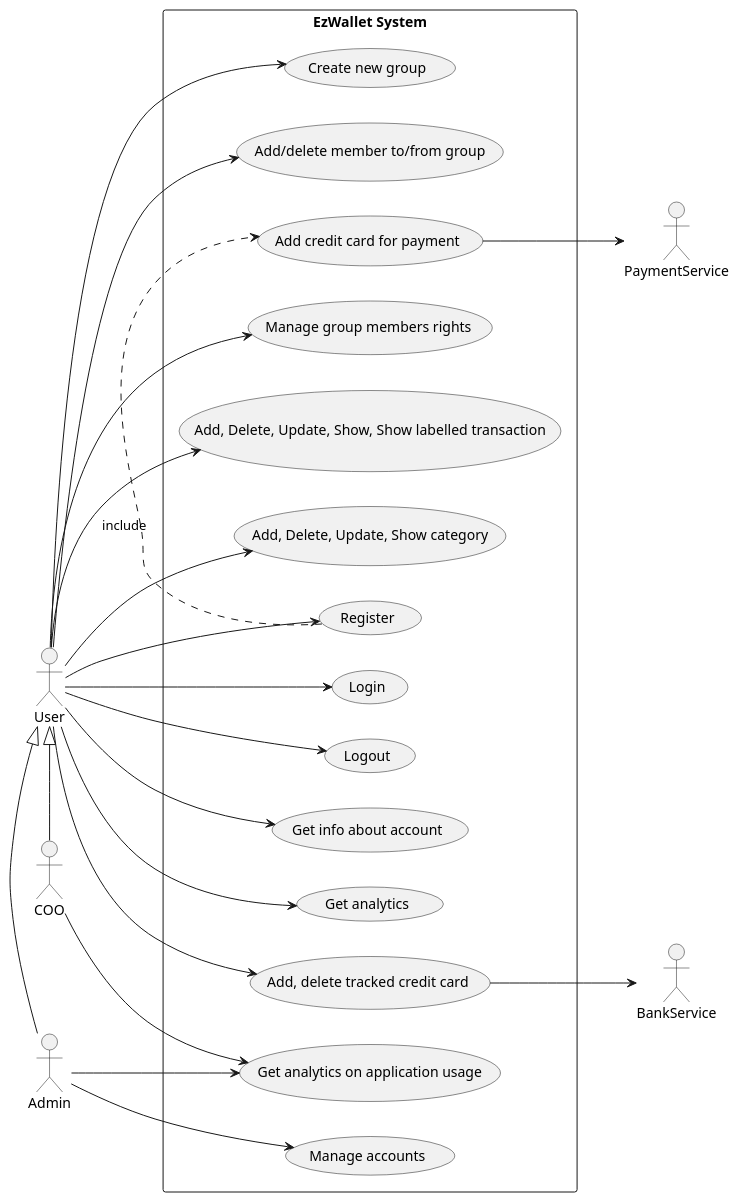
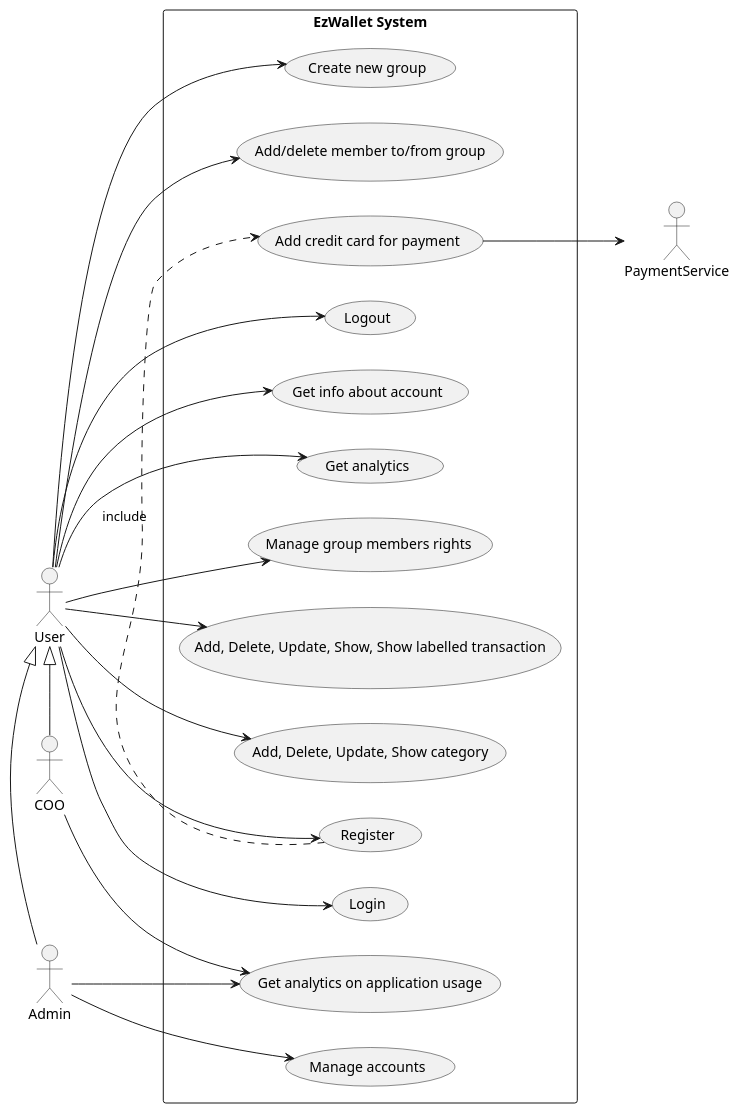
Before and after one commit to lara-m2000/ezwallet: the second of 5 diagrams in RequirementsDocumentV2.md, drawn with PlantUML. The commit also changed other lines of this file, not shown here.

````diff
--- a/RequirementsDocumentV2.md
+++ b/RequirementsDocumentV2.md
@@ -261,58 +256,55 @@
 ```plantuml
 @startuml
 left to right direction
 
 actor User
 actor COO
 actor Admin
 actor PaymentService
-actor BankService
 
 rectangle "EzWallet System" as System {
 	User <|- Admin
 	User <|- COO
 
 	usecase "Add, Delete, Update, Show, Show labelled transaction" as Transaction
 
 	usecase Register
 	usecase Login
 	usecase Logout
 
 	usecase "Add, Delete, Update, Show category" as Category
 
 	usecase "Get info about account" as UUsers
 	usecase "Get analytics" as ShowAnalytics
-	usecase "Add, delete tracked credit card" as CreditCard
 	usecase "Add credit card for payment" as CreditCardPayment
 	usecase "Create new group" as CreateGroup
 	usecase "Add/delete member to/from group" as AddDeleteToGroup
 	usecase "Manage group members rights" as ManageMemberRights
 	usecase "Manage accounts" as ManageAccounts
 
 	usecase "Get analytics on application usage" as UsageAnalytics
 }
 
 User -> Transaction
 User -> Category
 User -> Register
 User -> Login
 User -> Logout
 User --> UUsers
 User --> ShowAnalytics
-User --> CreditCard
 User --> CreateGroup
 User --> AddDeleteToGroup
 User --> ManageMemberRights
 Admin --> ManageAccounts
 Admin --> UsageAnalytics
 COO --> UsageAnalytics
 
 Register .> CreditCardPayment : include
 
 CreditCardPayment --> PaymentService
-CreditCard --> BankService
+
 
 
 
 @enduml
 ```
````
